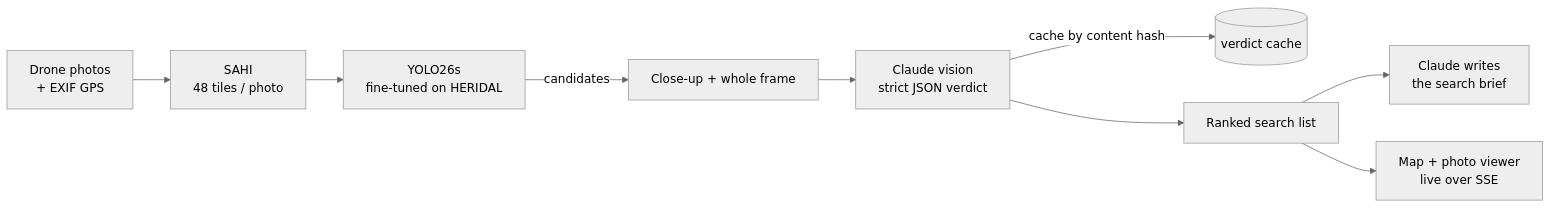
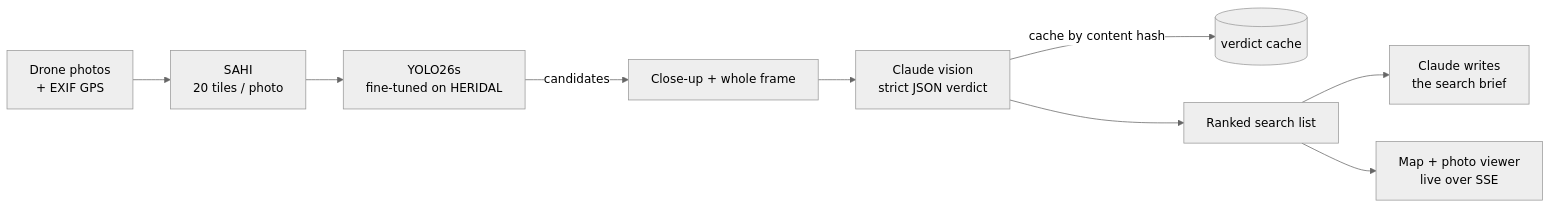
Before and after one commit to sals121/rescuelens: the diagram in README.md, drawn with Mermaid (neutral theme). The commit also changed other lines of this file and 2 other files, not shown here.

````diff
--- a/README.md
+++ b/README.md
@@ -59,11 +74,11 @@
 ```mermaid
 flowchart LR
-    A[Drone photos<br/>+ EXIF GPS] --> B[SAHI<br/>48 tiles / photo]
+    A[Drone photos<br/>+ EXIF GPS] --> B[SAHI<br/>20 tiles / photo]
     B --> C[YOLO26s<br/>fine-tuned on HERIDAL]
     C -->|candidates| D[Close-up + whole frame]
     D --> E[Claude vision<br/>strict JSON verdict]
     E -->|cache by content hash| F[(verdict cache)]
     E --> G[Ranked search list]
     G --> H[Claude writes<br/>the search brief]
     G --> I[Map + photo viewer<br/>live over SSE]
 ```
````
